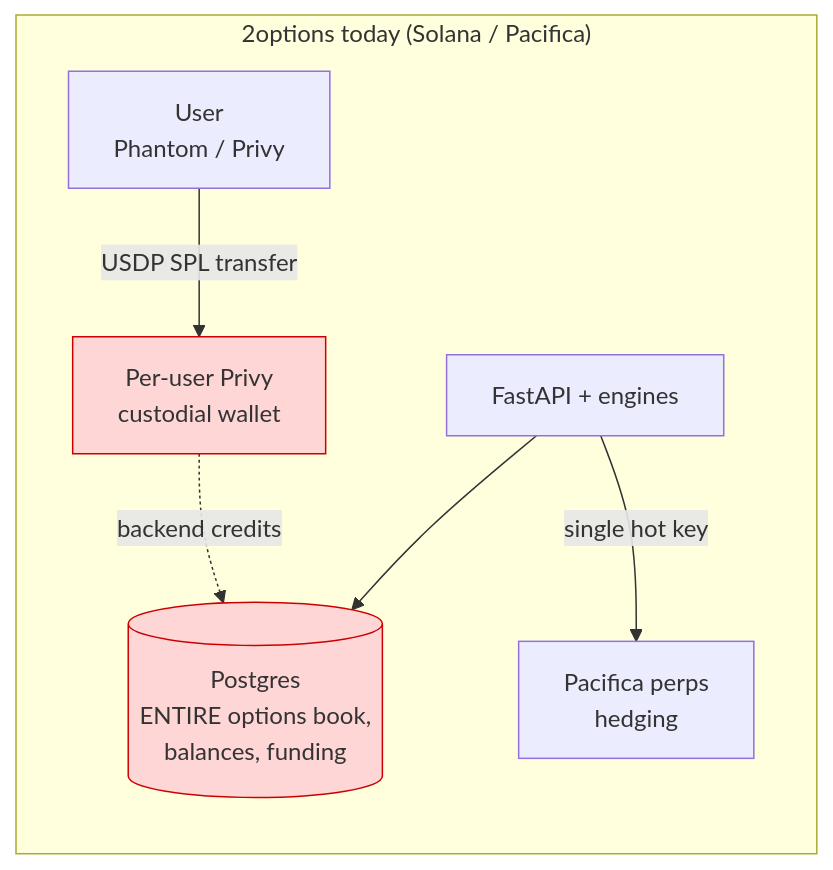
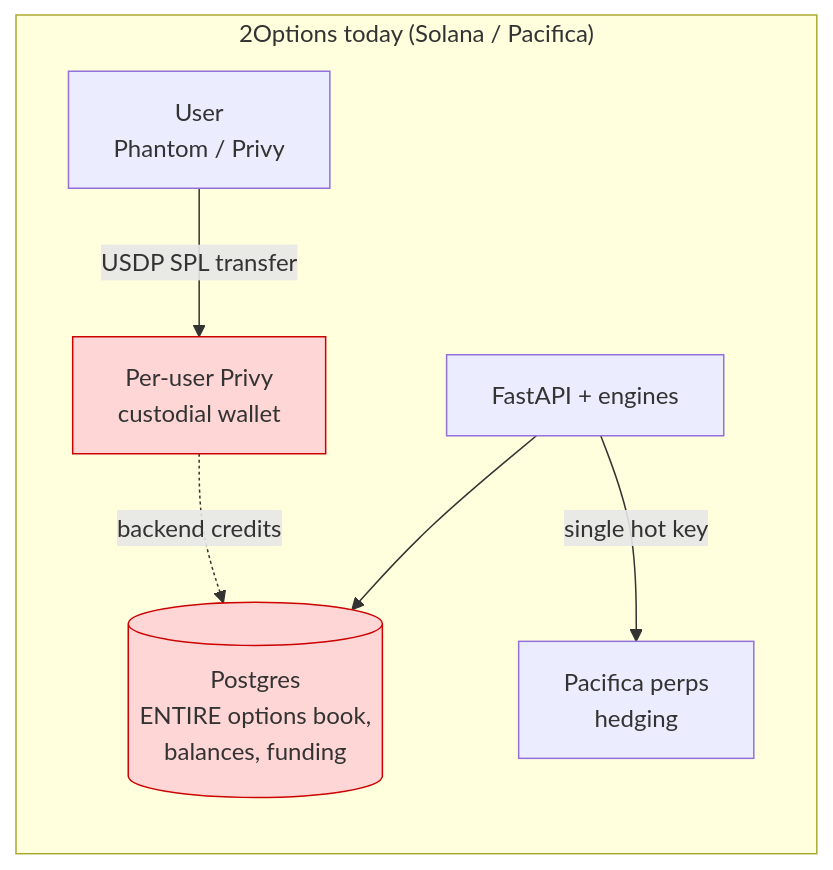
One commit to Aditya-dom/2options changed the first of 12 diagrams in NEAR_HACKATHON_PLAN.md. Above: the diagram before and after it, drawn with Mermaid. The commit also changed other lines of this file and 24 other files, not shown here.

````diff
--- a/NEAR_HACKATHON_PLAN.md
+++ b/NEAR_HACKATHON_PLAN.md
@@ -51,11 +51,11 @@
 ```mermaid
 flowchart LR
-    subgraph Today["2options today (Solana / Pacifica)"]
+    subgraph Today["2Options today (Solana / Pacifica)"]
         U[User<br/>Phantom / Privy] -->|USDP SPL transfer| CW[Per-user Privy<br/>custodial wallet]
         CW -.->|backend credits| PG[(Postgres<br/>ENTIRE options book,<br/>balances, funding)]
         API[FastAPI + engines] --> PG
         API -->|single hot key| PAC[Pacifica perps<br/>hedging]
     end
     style PG fill:#ffd6d6,stroke:#c00
     style CW fill:#ffd6d6,stroke:#c00
 ```
````
